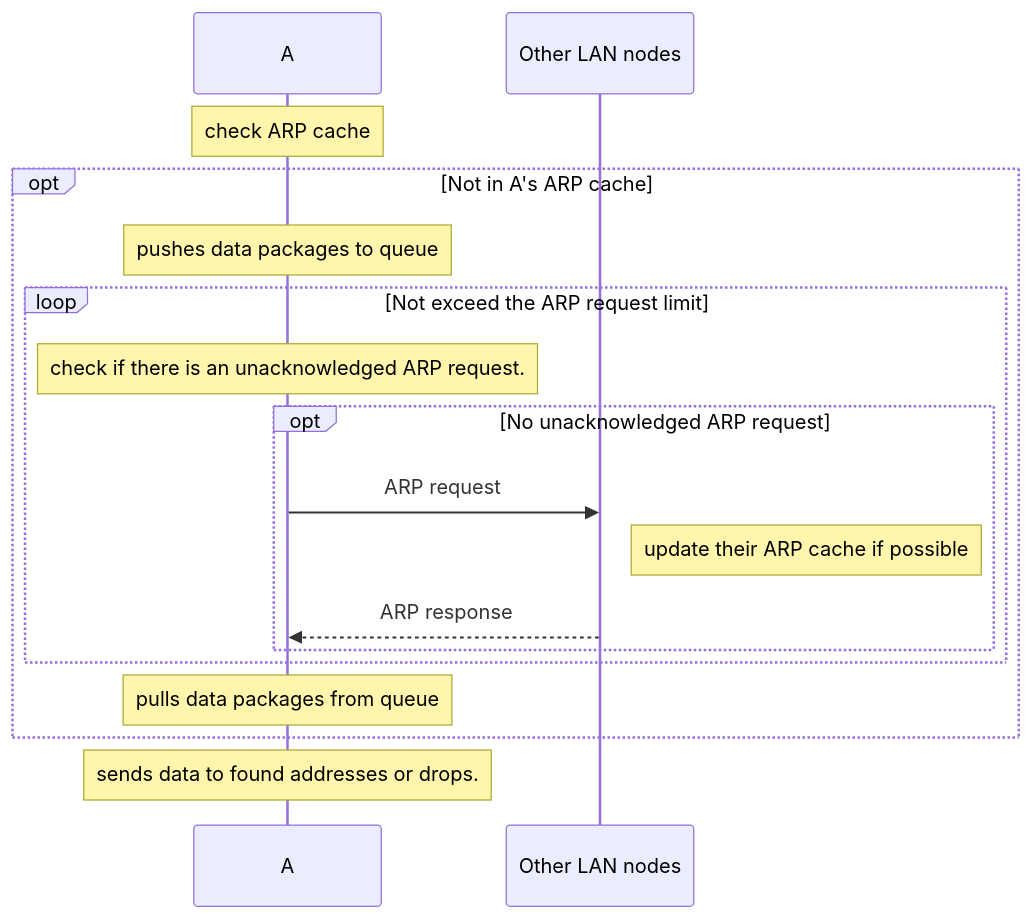
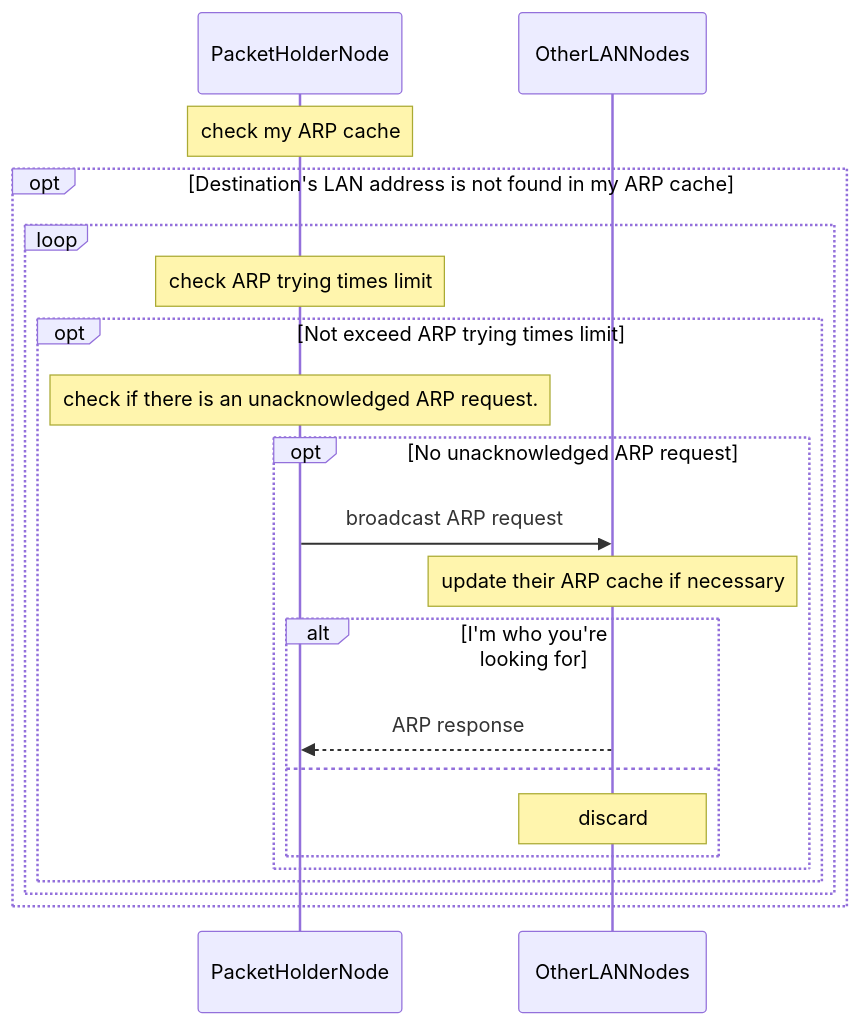
One commit to nghianguyentek/docs changed the diagram in protocol/arp.md. Above: the diagram before and after it, drawn with Mermaid. The commit also changed other lines of this file, not shown here.

````diff
--- a/protocol/arp.md
+++ b/protocol/arp.md
@@ -6,20 +7,24 @@
 ```mermaid
 sequenceDiagram
-participant A
-participant Other LAN nodes
-Note over A: check ARP cache
-opt Not in A's ARP cache
-  Note over A: pushes data packages to queue
-  loop Not exceed the ARP request limit
-    Note over A: check if there is an unacknowledged ARP request.
-    opt No unacknowledged ARP request
-      A ->> Other LAN nodes: ARP request
-      Note right of Other LAN nodes: update their ARP cache if possible
-      Other LAN nodes -->> A: ARP response
+participant PacketHolderNode
+participant OtherLANNodes
+Note over PacketHolderNode: check my ARP cache
+opt Destination's LAN address is not found in my ARP cache
+  loop
+    Note over PacketHolderNode: check ARP trying times limit
+    opt Not exceed ARP trying times limit
+      Note over PacketHolderNode: check if there is an unacknowledged ARP request.
+      opt No unacknowledged ARP request
+        PacketHolderNode ->> OtherLANNodes: broadcast ARP request
+        Note over OtherLANNodes: update their ARP cache if necessary
+        alt I'm who you're looking for
+          OtherLANNodes -->> PacketHolderNode: ARP response
+        else
+          Note over OtherLANNodes: discard
+        end
+      end
     end
   end
-  Note over A: pulls data packages from queue
 end
-Note over A: sends data to found addresses or drops.
 
 ```
````
